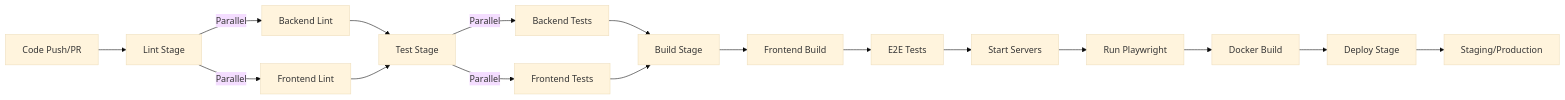
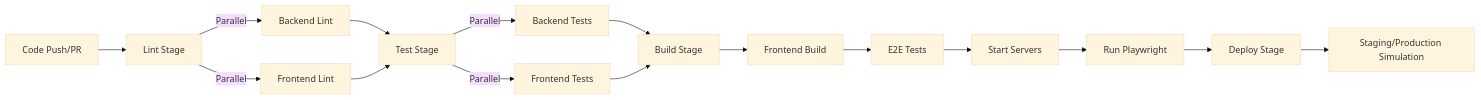
One commit to inf4395/bmi_app changed the second of 5 diagrams in docs/THESIS-KAPITEL-5-TECHNISCHE-UMSETZUNG.md. Above: the diagram before and after it, drawn with Mermaid (base theme). The commit also changed other lines of this file and 4 other files, not shown here.

Commit message:
feat: Align all CI/CD pipelines for fair comparison - Disable Docker Build and standardize deploy simulation

````diff
--- a/docs/THESIS-KAPITEL-5-TECHNISCHE-UMSETZUNG.md
+++ b/docs/THESIS-KAPITEL-5-TECHNISCHE-UMSETZUNG.md
@@ -80,19 +80,18 @@
 ```mermaid
 graph LR
     A[Code Push/PR] --> B[Lint Stage]
     B -->|Parallel| C[Backend Lint]
     B -->|Parallel| D[Frontend Lint]
     C --> E[Test Stage]
     D --> E
     E -->|Parallel| F[Backend Tests]
     E -->|Parallel| G[Frontend Tests]
     F --> H[Build Stage]
     G --> H
     H --> I[Frontend Build]
     I --> J[E2E Tests]
     J --> K[Start Servers]
     K --> L[Run Playwright]
-    L --> M[Docker Build]
-    M --> N[Deploy Stage]
-    N --> O[Staging/Production]
+    L --> N[Deploy Stage]
+    N --> O[Staging/Production Simulation]
 ```
````
